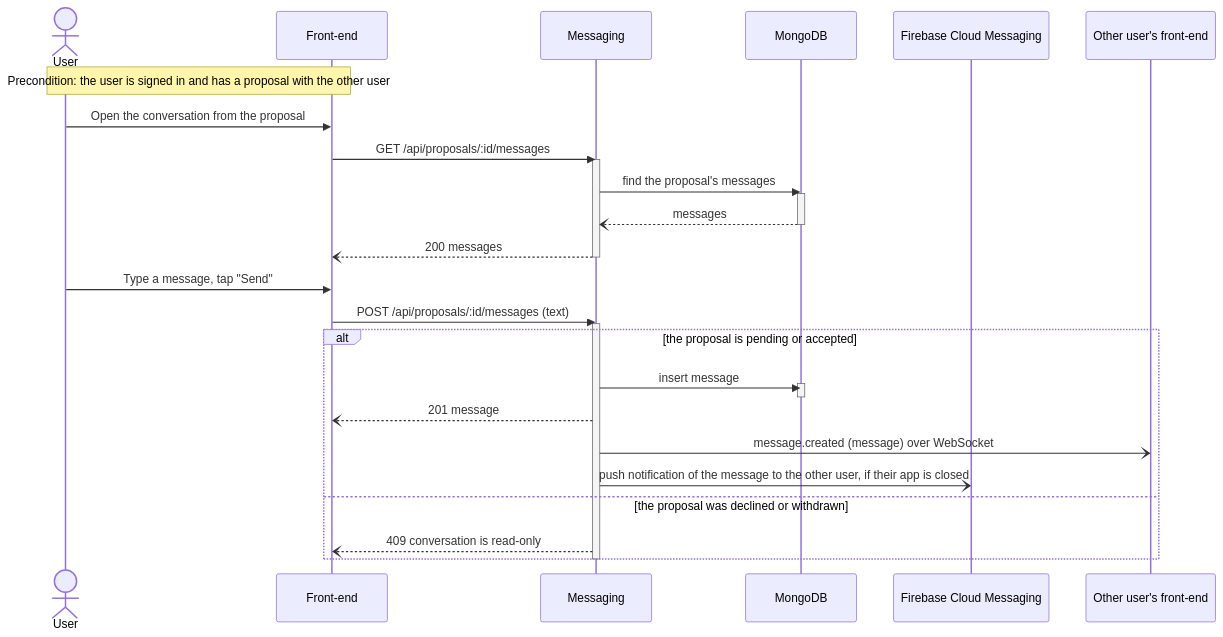
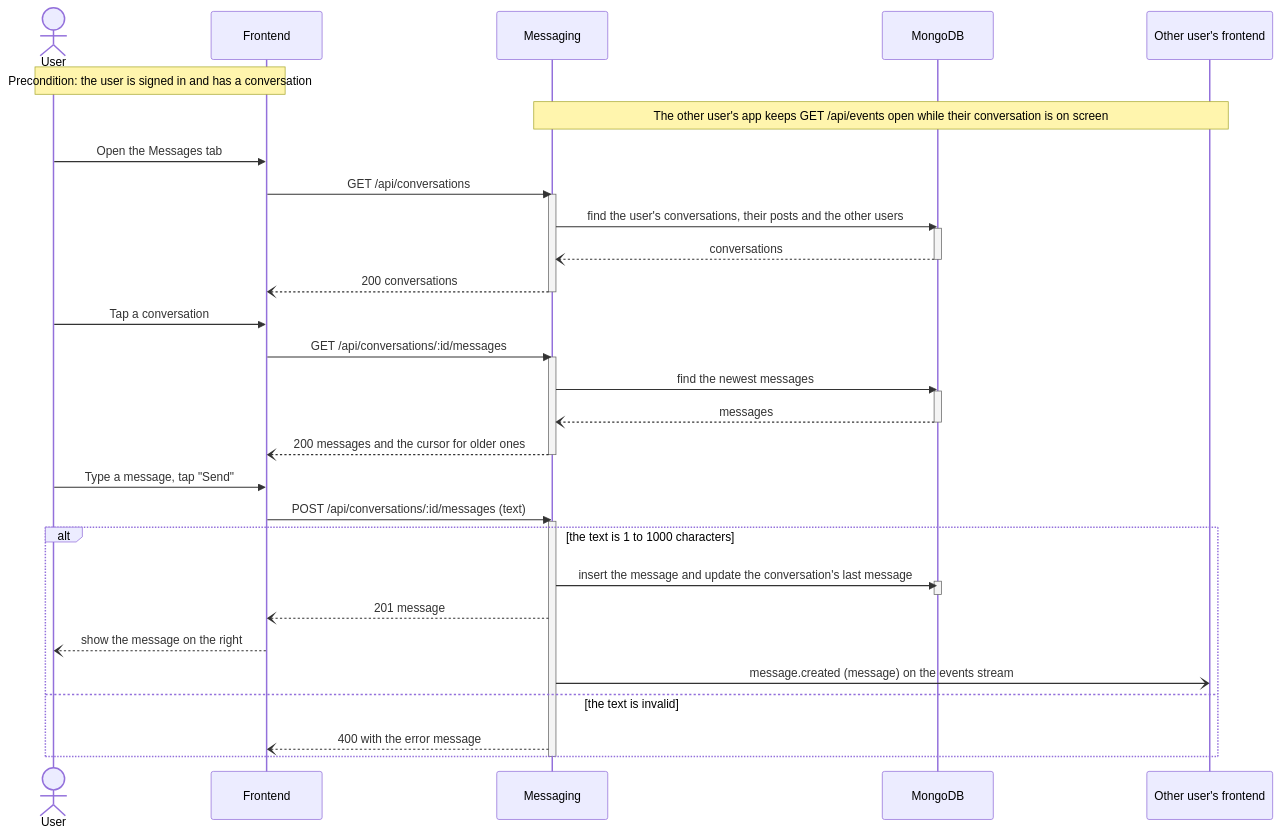
The fifth of 6 diagrams in documentation/Requirements_and_Design.md (m1lun/m1skeletonProject), drawn with Mermaid before and after one commit. The commit also changed other lines of this file and 3 other files, not shown here.

````diff
--- a/documentation/Requirements_and_Design.md
+++ b/documentation/Requirements_and_Design.md
@@ -633,33 +609,42 @@
 ```mermaid
 sequenceDiagram
     actor U as User
-    participant FE as Front-end
+    participant FE as Frontend
     participant MS as Messaging
     participant DB as MongoDB
-    participant FCM as Firebase Cloud Messaging
-    participant O as Other user's front-end
-    Note over U,FE: Precondition: the user is signed in and has a proposal with the other user
-    U->>FE: Open the conversation from the proposal
-    FE->>MS: GET /api/proposals/:id/messages
+    participant O as Other user's frontend
+    Note over U,FE: Precondition: the user is signed in and has a conversation
+    Note over MS,O: The other user's app keeps GET /api/events open while their conversation is on screen
+    U->>FE: Open the Messages tab
+    FE->>MS: GET /api/conversations
     activate MS
-    MS->>DB: find the proposal's messages
+    MS->>DB: find the user's conversations, their posts and the other users
+    activate DB
+    DB--)MS: conversations
+    deactivate DB
+    MS--)FE: 200 conversations
+    deactivate MS
+    U->>FE: Tap a conversation
+    FE->>MS: GET /api/conversations/:id/messages
+    activate MS
+    MS->>DB: find the newest messages
     activate DB
     DB--)MS: messages
     deactivate DB
-    MS--)FE: 200 messages
+    MS--)FE: 200 messages and the cursor for older ones
     deactivate MS
     U->>FE: Type a message, tap "Send"
-    FE->>MS: POST /api/proposals/:id/messages (text)
+    FE->>MS: POST /api/conversations/:id/messages (text)
     activate MS
-    alt the proposal is pending or accepted
-        MS->>DB: insert message
+    alt the text is 1 to 1000 characters
+        MS->>DB: insert the message and update the conversation's last message
         activate DB
         deactivate DB
         MS--)FE: 201 message
-        MS-)O: message.created (message) over WebSocket
-        MS-)FCM: push notification of the message to the other user, if their app is closed
-    else the proposal was declined or withdrawn
-        MS--)FE: 409 conversation is read-only
+        FE--)U: show the message on the right
+        MS-)O: message.created (message) on the events stream
+    else the text is invalid
+        MS--)FE: 400 with the error message
     end
     deactivate MS
 ```
````
